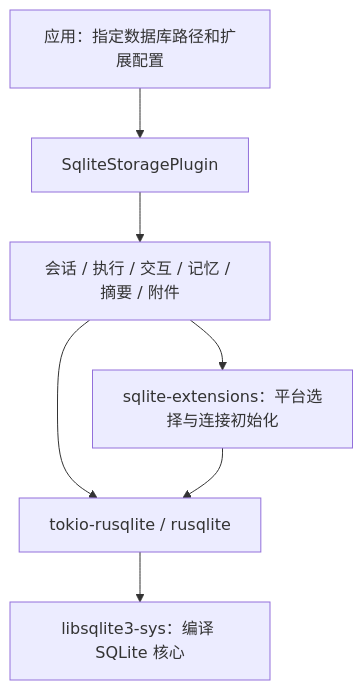
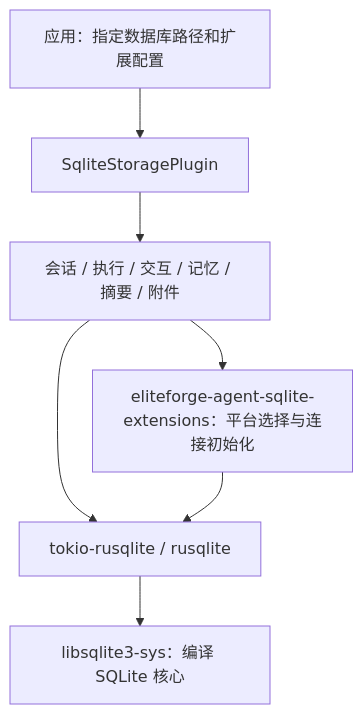
Before and after one commit to Penglai-Link/eliteforge-agent-framework: the diagram in docs/sqlite-storage.md, drawn with Mermaid. The commit also changed other lines of this file and 251 other files, not shown here.

````diff
--- a/docs/sqlite-storage.md
+++ b/docs/sqlite-storage.md
@@ -16,9 +16,9 @@
 ```mermaid
 flowchart TD
     App[应用：指定数据库路径和扩展配置] --> Bundle[SqliteStoragePlugin]
     Bundle --> Stores[会话 / 执行 / 交互 / 记忆 / 摘要 / 附件]
-    Stores --> Extensions[sqlite-extensions：平台选择与连接初始化]
+    Stores --> Extensions[eliteforge-agent-sqlite-extensions：平台选择与连接初始化]
     Stores --> Driver[tokio-rusqlite / rusqlite]
     Extensions --> Driver
     Driver --> SQLite[libsqlite3-sys：编译 SQLite 核心]
 ```
````
